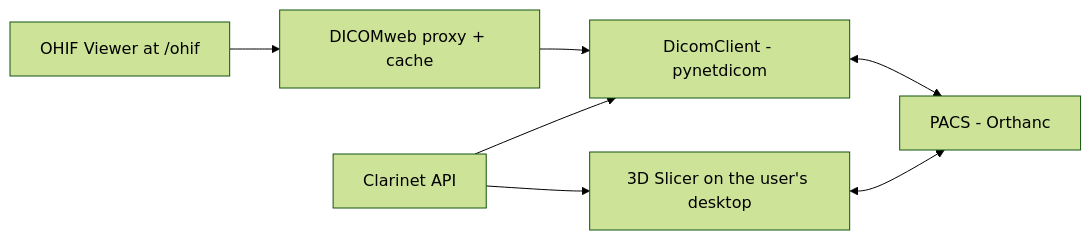
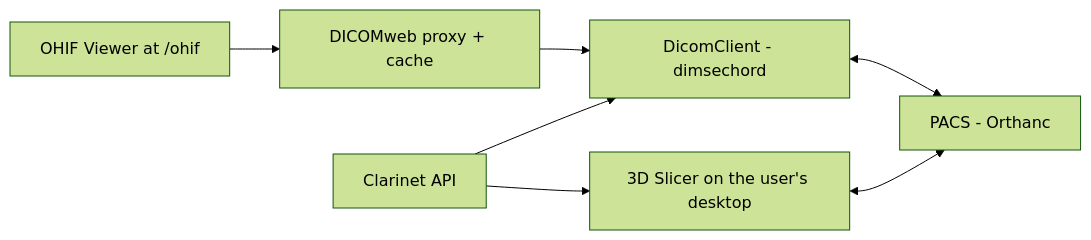
Before and after one commit to radionest/clarinet: the diagram in docs/kb/imaging-stack.md, drawn with Mermaid (forest theme). The commit also changed other lines of this file and 32 other files, not shown here.

First line of the commit message:
refactor(dicom): consume dimsechord for the DIMSE core (#561)

````diff
--- a/docs/kb/imaging-stack.md
+++ b/docs/kb/imaging-stack.md
@@ -11,10 +11,10 @@
 ```mermaid
 flowchart LR
     PACS["PACS - Orthanc"]
-    DC["DicomClient - pynetdicom"] <--> PACS
+    DC["DicomClient - dimsechord"] <--> PACS
     DW["DICOMweb proxy + cache"] --> DC
     OHIF["OHIF Viewer at /ohif"] --> DW
     SL["3D Slicer on the user's desktop"] <--> PACS
     API["Clarinet API"] --> SL
     API --> DC
 ```
````
